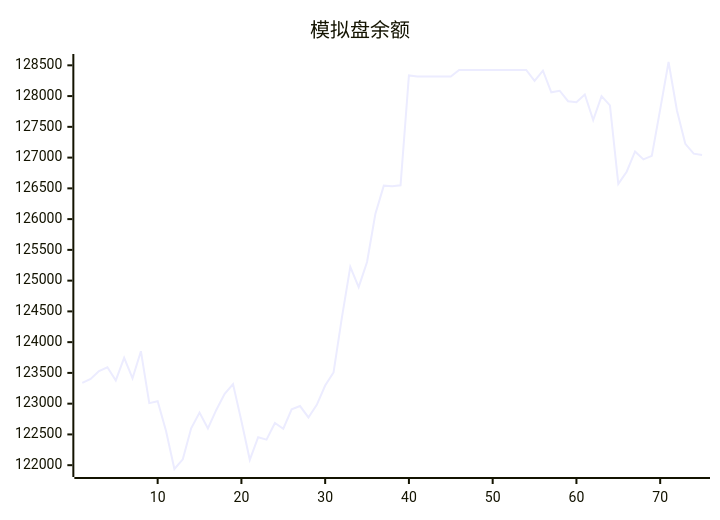
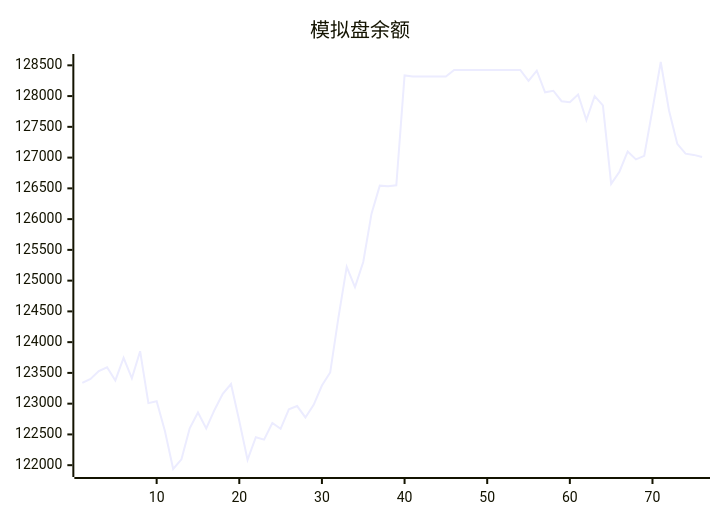
The diagram in trading/README.md (aahl/mcp-aktools), drawn with Mermaid before and after one commit. The commit also changed other lines of this file and 1 other file, not shown here.

````diff
--- a/trading/README.md
+++ b/trading/README.md
@@ -3,5 +3,5 @@
 ```mermaid
 xychart
     title "模拟盘余额"
-    line [123338,123402,123530,123592,123378,123745,123413,123853,123009,123040,122557,121938,122095,122599,122856,122597,122898,123160,123319,122719,122087,122454,122416,122685,122592,122907,122961,122776,122981,123295,123507,124403,125224,124894,125303,126088,126544,126534,126549,128335,128318,128318,128318,128318,128318,128424,128424,128424,128424,128424,128424,128424,128424,128424,128247,128412,128062,128087,127917,127901,128026,127611,128000,127850,126572,126770,127100,126971,127029,127783,128554,127765,127224,127064,127044]
+    line [123338,123402,123530,123592,123378,123745,123413,123853,123009,123040,122557,121938,122095,122599,122856,122597,122898,123160,123319,122719,122087,122454,122416,122685,122592,122907,122961,122776,122981,123295,123507,124403,125224,124894,125303,126088,126544,126534,126549,128335,128318,128318,128318,128318,128318,128424,128424,128424,128424,128424,128424,128424,128424,128424,128247,128412,128062,128087,127917,127901,128026,127611,128000,127850,126572,126770,127100,126971,127029,127783,128554,127765,127224,127064,127044,127009]
 ```
````
